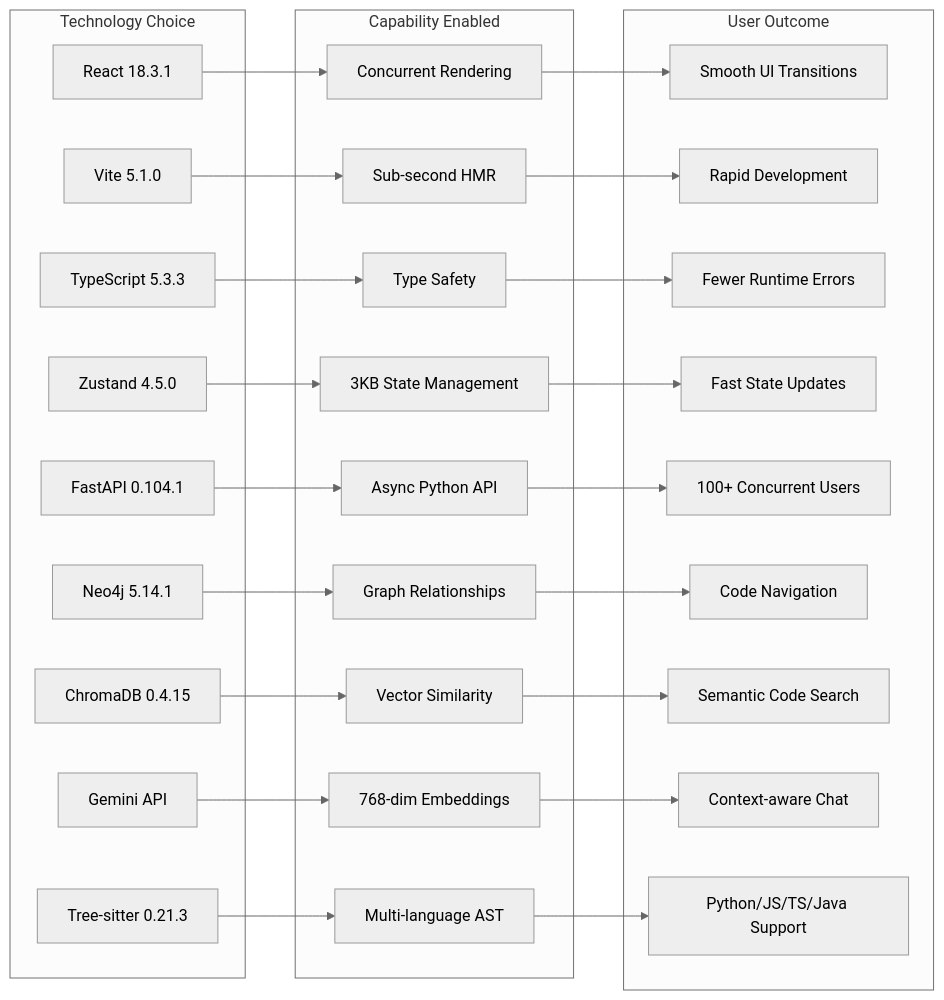
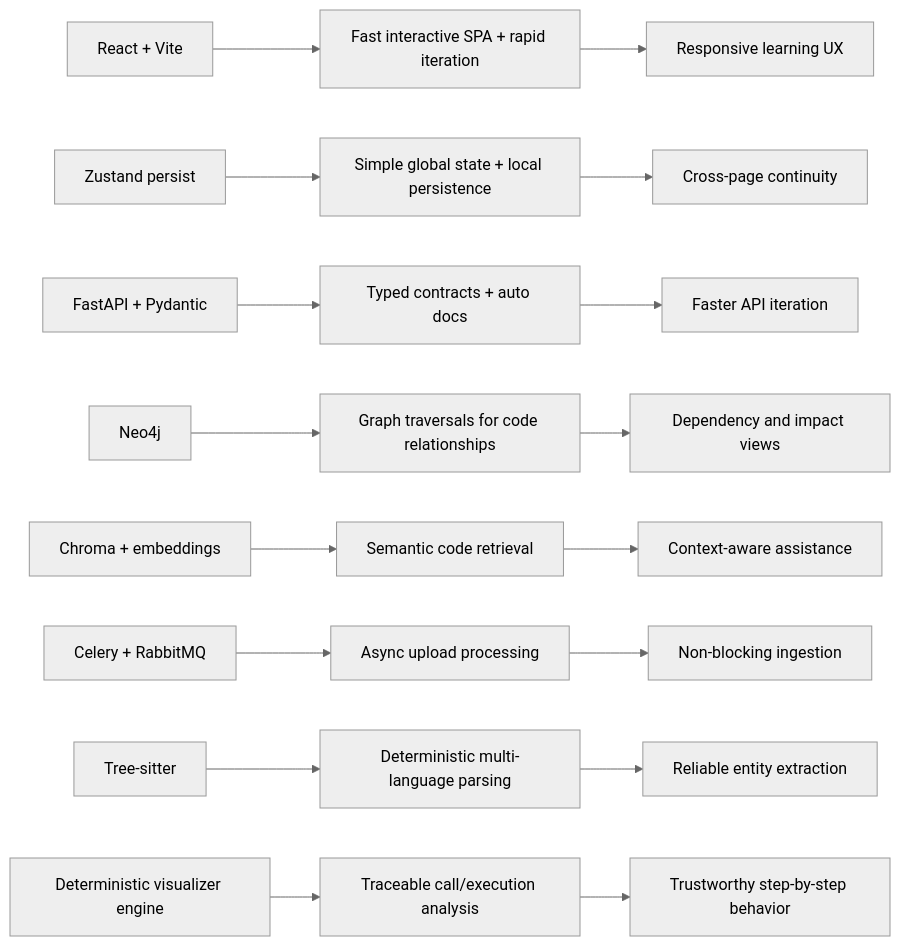
Before and after one commit to Ishan-K9868/socraticDev-final: the sixth of 7 diagrams in README.md, drawn with Mermaid (neutral theme). The commit also changed other lines of this file, not shown here.

````diff
--- a/README.md
+++ b/README.md
@@ -484,48 +328,11 @@
 ```mermaid
 flowchart LR
-    subgraph Tech["Technology Choice"]
-        R[React 18.3.1]
-        V[Vite 5.1.0]
-        TS[TypeScript 5.3.3]
-        Z[Zustand 4.5.0]
-        FA[FastAPI 0.104.1]
-        N4J[Neo4j 5.14.1]
-        CHR[ChromaDB 0.4.15]
-        GEM[Gemini API]
-        TS_P[Tree-sitter 0.21.3]
-    end
-
-    subgraph Capability["Capability Enabled"]
-        CONC[Concurrent Rendering]
-        FAST[Sub-second HMR]
-        TYPE[Type Safety]
-        LIGHT[3KB State Management]
-        ASYNC[Async Python API]
-        GRAPH[Graph Relationships]
-        VEC[Vector Similarity]
-        EMBED[768-dim Embeddings]
-        AST[Multi-language AST]
-    end
-
-    subgraph Outcome["User Outcome"]
-        SMOOTH[Smooth UI Transitions]
-        DEV[Rapid Development]
-        SAFE[Fewer Runtime Errors]
-        PERF[Fast State Updates]
-        SCALE[100+ Concurrent Users]
-        NAV[Code Navigation]
-        SEARCH[Semantic Code Search]
-        CHAT[Context-aware Chat]
-        MULTI[Python/JS/TS/Java Support]
-    end
-
-    R --> CONC --> SMOOTH
-    V --> FAST --> DEV
-    TS --> TYPE --> SAFE
-    Z --> LIGHT --> PERF
-    FA --> ASYNC --> SCALE
-    N4J --> GRAPH --> NAV
-    CHR --> VEC --> SEARCH
-    GEM --> EMBED --> CHAT
-    TS_P --> AST --> MULTI
+    T1[React + Vite] --> C1[Fast interactive SPA + rapid iteration] --> O1[Responsive learning UX]
+    T2[Zustand persist] --> C2[Simple global state + local persistence] --> O2[Cross-page continuity]
+    T3[FastAPI + Pydantic] --> C3[Typed contracts + auto docs] --> O3[Faster API iteration]
+    T4[Neo4j] --> C4[Graph traversals for code relationships] --> O4[Dependency and impact views]
+    T5[Chroma + embeddings] --> C5[Semantic code retrieval] --> O5[Context-aware assistance]
+    T6[Celery + RabbitMQ] --> C6[Async upload processing] --> O6[Non-blocking ingestion]
+    T7[Tree-sitter] --> C7[Deterministic multi-language parsing] --> O7[Reliable entity extraction]
+    T8[Deterministic visualizer engine] --> C8[Traceable call/execution analysis] --> O8[Trustworthy step-by-step behavior]
 ```
````
